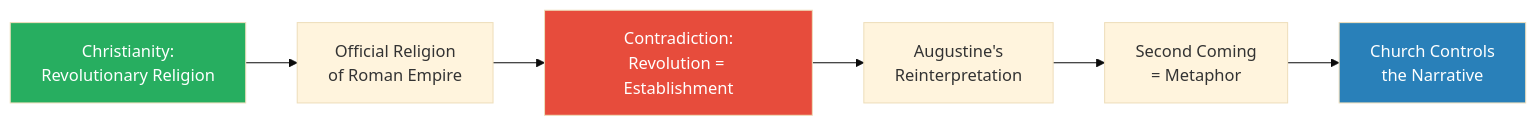
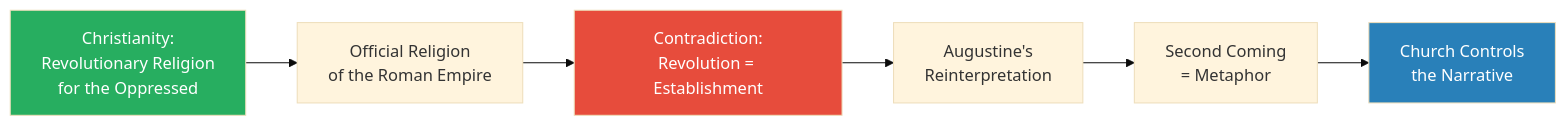
The second of 9 diagrams in summaries/Lectures/Geo-Strategy/02 - Christian Zionism and the Middle East Conflict.md (alius33/reader), drawn with Mermaid (base theme) before and after one commit. The commit also changed other lines of this file and 26 other files, not shown here.

````diff
--- a/summaries/Lectures/Geo-Strategy/02 - Christian Zionism and the Middle East Conflict.md
+++ b/summaries/Lectures/Geo-Strategy/02 - Christian Zionism and the Middle East Conflict.md
@@ -110,11 +89,11 @@
 ```mermaid
 flowchart LR
-    A["Christianity:<br/>Revolutionary Religion"] --> B["Official Religion<br/>of Roman Empire"]
+    A["Christianity:<br/>Revolutionary Religion<br/>for the Oppressed"] --> B["Official Religion<br/>of the Roman Empire"]
     B --> C["Contradiction:<br/>Revolution = Establishment"]
     C --> D["Augustine's<br/>Reinterpretation"]
     D --> E["Second Coming<br/>= Metaphor"]
     E --> F["Church Controls<br/>the Narrative"]
     style A fill:#27ae60,color:#fff
     style C fill:#e74c3c,color:#fff
     style F fill:#2980b9,color:#fff
 ```
````
